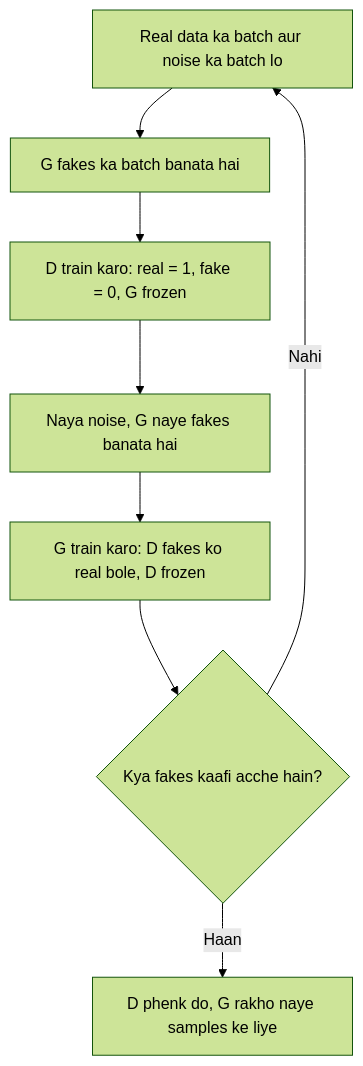
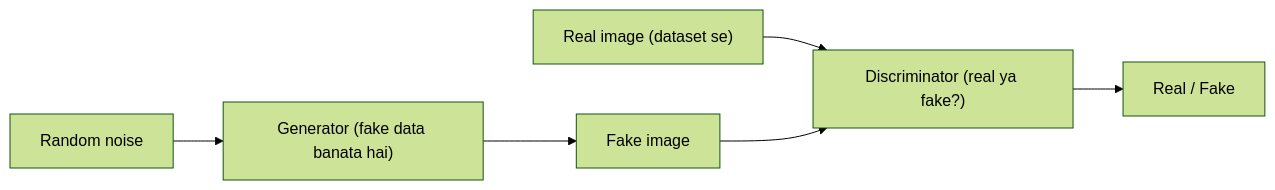
One commit to TrendySloth1001/sem-seven-notes changed the second of 4 diagrams in content/deep-learning/notes/gan.hi.mdx. Above: the diagram before and after it, drawn with Mermaid (forest theme). The commit also changed other lines of this file and 168 other files, not shown here.

````diff
--- a/content/deep-learning/notes/gan.hi.mdx
+++ b/content/deep-learning/notes/gan.hi.mdx
@@ -214,11 +72,9 @@
 ```mermaid
-%% caption: GAN training loop. Discriminator aur generator baari-baari seekhte hain. Jab ek seekhta hai, doosra frozen rehta hai.
-flowchart TD
-  A["Real data ka batch aur noise ka batch lo"] --> B["G fakes ka batch banata hai"]
-  B --> C["D train karo: real = 1, fake = 0, G frozen"]
-  C --> E["Naya noise, G naye fakes banata hai"]
-  E --> F["G train karo: D fakes ko real bole, D frozen"]
-  F --> H{"Kya fakes kaafi acche hain?"}
-  H -- "Nahi" --> A
-  H -- "Haan" --> I["D phenk do, G rakho naye samples ke liye"]
+%% caption: GAN architecture. Discriminator generator ki fake image aur dataset ki real image dono dekhta hai.
+flowchart LR
+  N["Random noise"] --> G["Generator (fake data banata hai)"]
+  G --> F["Fake image"]
+  R["Real image (dataset se)"] --> D["Discriminator (real ya fake?)"]
+  F --> D
+  D --> O["Real / Fake"]
 ```
````
